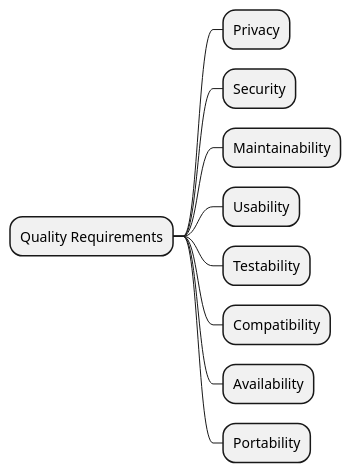
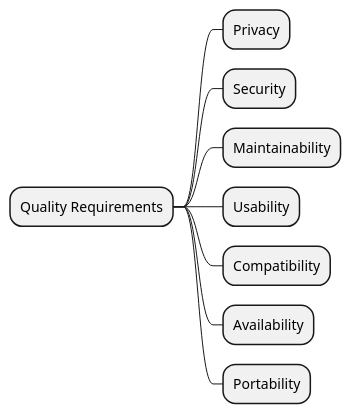
One commit to Arquisoft/Arquisoft-dede_es_02b changed the diagram in docs/10_quality_scenarios.adoc. Above: the diagram before and after it, drawn with PlantUML. The commit also changed other lines of this file, not shown here.

```diff
--- a/docs/10_quality_scenarios.adoc
+++ b/docs/10_quality_scenarios.adoc
@@ -9,16 +9,15 @@
 [plantuml,calidad,png]
 ----
 @startmindmap
 
 * Quality Requirements
 ** Privacy
 ** Security
 ** Maintainability
 ** Usability
-** Testability
 ** Compatibility
 ** Availability
 ** Portability
 
 @endmindmap
 ----
```
